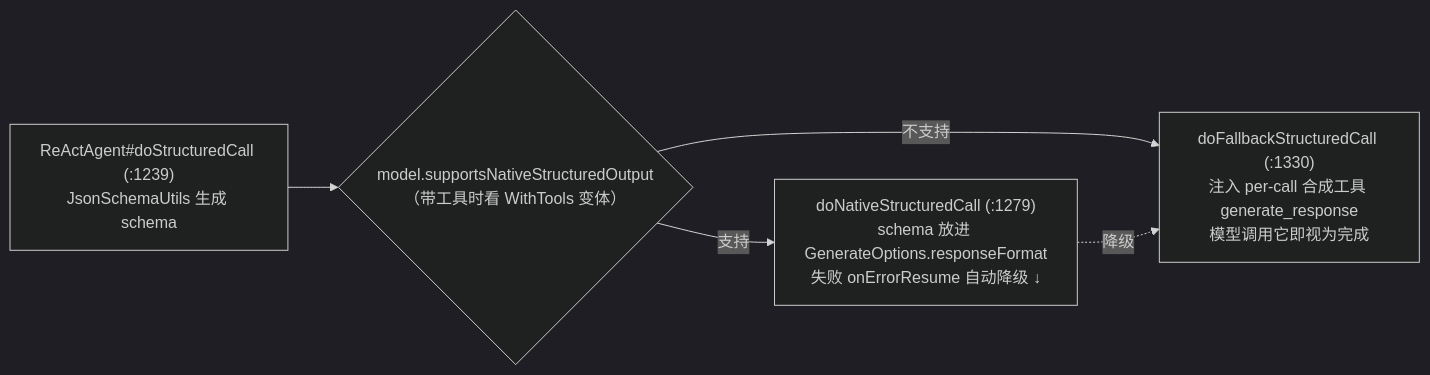
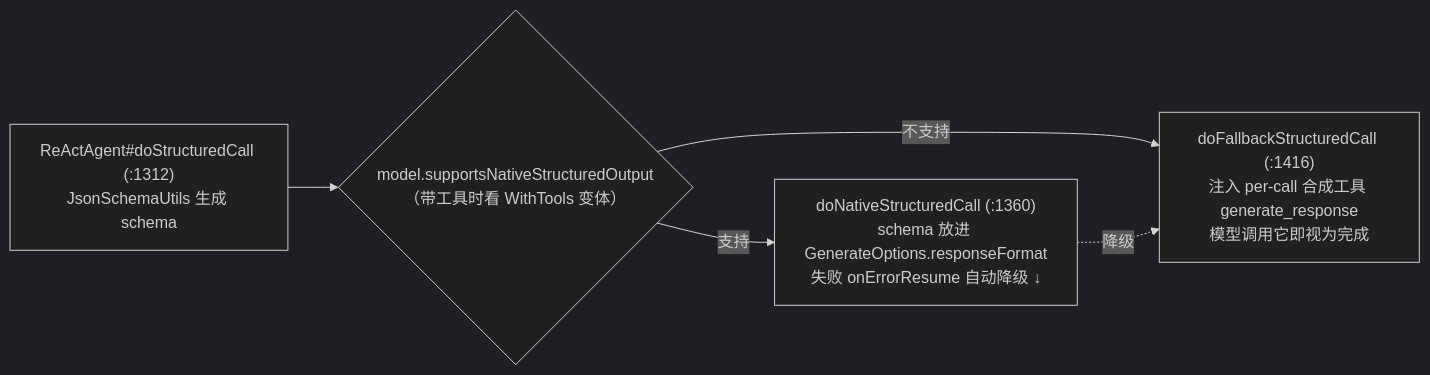
The sixth of 6 diagrams in 03-ReAct主循环.md (liulangjietou/AgentScope-source-analysis), drawn with Mermaid (dark theme) before and after one commit. The commit also changed other lines of this file, not shown here.

Commit message:
docs(ch03): sync ReAct main loop to upstream main e9721285

````diff
--- a/03-ReAct主循环.md
+++ b/03-ReAct主循环.md
@@ -301,7 +350,7 @@
 ```mermaid
 flowchart LR
-    SC["ReActAgent#doStructuredCall (:1239)<br/>JsonSchemaUtils 生成 schema"] --> Q{"model.supportsNativeStructuredOutput<br/>（带工具时看 WithTools 变体）"}
-    Q -->|"支持"| NATIVE["doNativeStructuredCall (:1279)<br/>schema 放进 GenerateOptions.responseFormat<br/>失败 onErrorResume 自动降级 ↓"]
-    Q -->|"不支持"| FB["doFallbackStructuredCall (:1330)<br/>注入 per-call 合成工具 generate_response<br/>模型调用它即视为完成"]
+    SC["ReActAgent#doStructuredCall (:1312)<br/>JsonSchemaUtils 生成 schema"] --> Q{"model.supportsNativeStructuredOutput<br/>（带工具时看 WithTools 变体）"}
+    Q -->|"支持"| NATIVE["doNativeStructuredCall (:1360)<br/>schema 放进 GenerateOptions.responseFormat<br/>失败 onErrorResume 自动降级 ↓"]
+    Q -->|"不支持"| FB["doFallbackStructuredCall (:1416)<br/>注入 per-call 合成工具 generate_response<br/>模型调用它即视为完成"]
     NATIVE -.->|"降级"| FB
 ```
````
